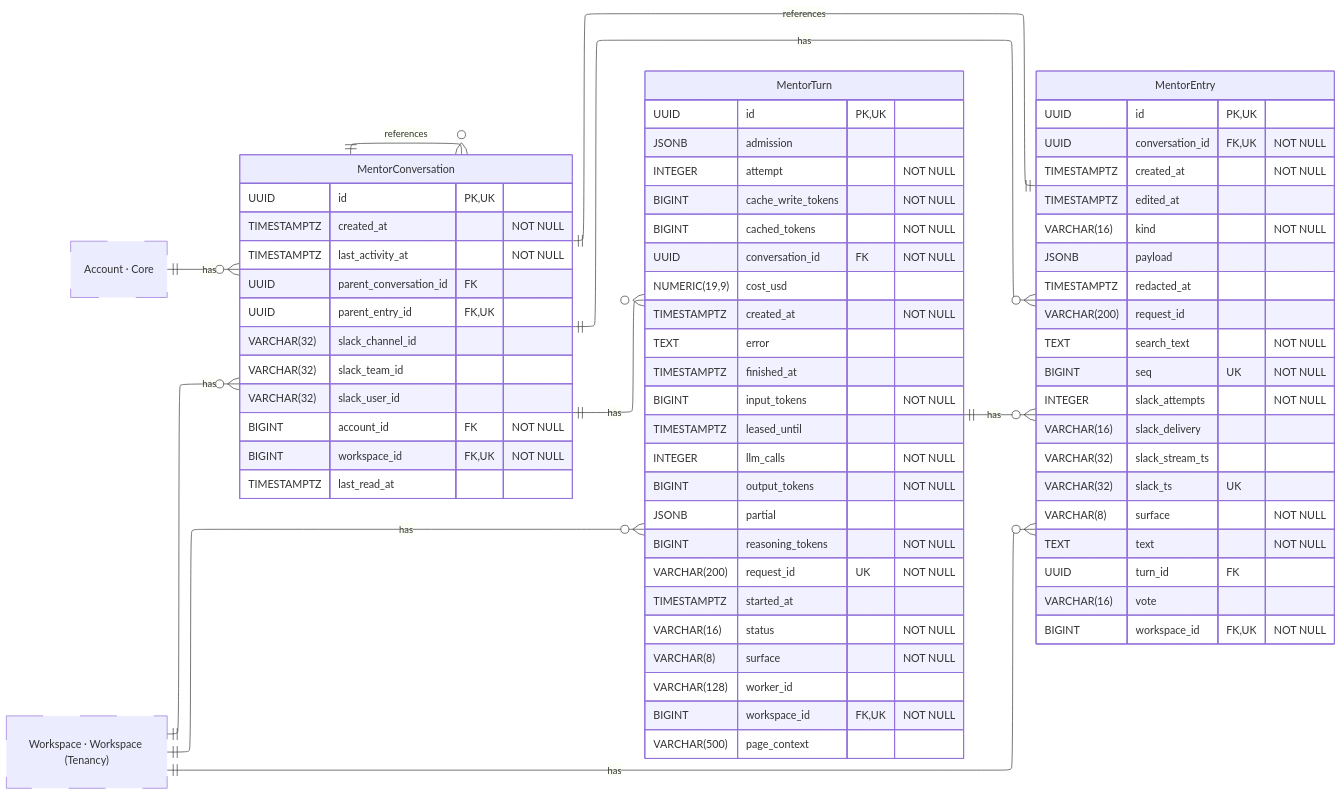
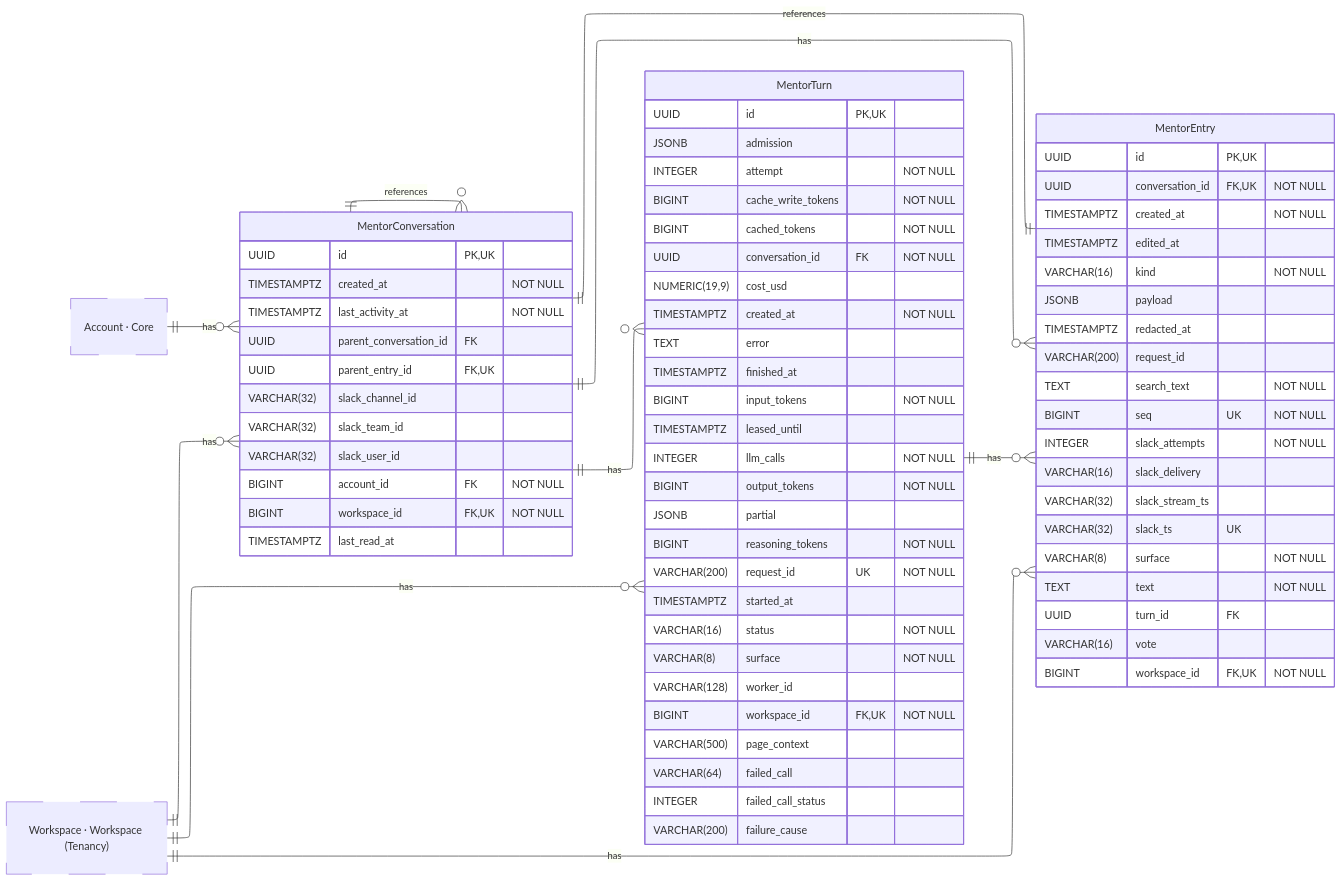
One commit to hephaestus-build/Hephaestus changed the diagram in docs/contributor/erd/mentor.mmd. Above: the diagram before and after it, drawn with Mermaid. The commit also changed 17 other files, not shown here.

```diff
--- a/docs/contributor/erd/mentor.mmd
+++ b/docs/contributor/erd/mentor.mmd
@@ -1,98 +1,101 @@
 ---
 config:
     layout: elk
 ---
 erDiagram
     %% Generated automatically from PostgreSQL database schema
     %% using scripts/generate-mermaid-erd.ts
     %% To regenerate: vp run db:generate-erd-docs
 
     direction LR
 
     MentorConversation {
         UUID id PK,UK
         TIMESTAMPTZ created_at "NOT NULL"
         TIMESTAMPTZ last_activity_at "NOT NULL"
         UUID parent_conversation_id FK
         UUID parent_entry_id FK,UK
         VARCHAR(32) slack_channel_id
         VARCHAR(32) slack_team_id
         VARCHAR(32) slack_user_id
         BIGINT account_id FK "NOT NULL"
         BIGINT workspace_id FK,UK "NOT NULL"
         TIMESTAMPTZ last_read_at
     }
 
     MentorEntry {
         UUID id PK,UK
         UUID conversation_id FK,UK "NOT NULL"
         TIMESTAMPTZ created_at "NOT NULL"
         TIMESTAMPTZ edited_at
         VARCHAR(16) kind "NOT NULL"
         JSONB payload
         TIMESTAMPTZ redacted_at
         VARCHAR(200) request_id
         TEXT search_text "NOT NULL"
         BIGINT seq UK "NOT NULL"
         INTEGER slack_attempts "NOT NULL"
         VARCHAR(16) slack_delivery
         VARCHAR(32) slack_stream_ts
         VARCHAR(32) slack_ts UK
         VARCHAR(8) surface "NOT NULL"
         TEXT text "NOT NULL"
         UUID turn_id FK
         VARCHAR(16) vote
         BIGINT workspace_id FK,UK "NOT NULL"
     }
 
     MentorTurn {
         UUID id PK,UK
         JSONB admission
         INTEGER attempt "NOT NULL"
         BIGINT cache_write_tokens "NOT NULL"
         BIGINT cached_tokens "NOT NULL"
         UUID conversation_id FK "NOT NULL"
         NUMERIC(19,9) cost_usd
         TIMESTAMPTZ created_at "NOT NULL"
         TEXT error
         TIMESTAMPTZ finished_at
         BIGINT input_tokens "NOT NULL"
         TIMESTAMPTZ leased_until
         INTEGER llm_calls "NOT NULL"
         BIGINT output_tokens "NOT NULL"
         JSONB partial
         BIGINT reasoning_tokens "NOT NULL"
         VARCHAR(200) request_id UK "NOT NULL"
         TIMESTAMPTZ started_at
         VARCHAR(16) status "NOT NULL"
         VARCHAR(8) surface "NOT NULL"
         VARCHAR(128) worker_id
         BIGINT workspace_id FK,UK "NOT NULL"
         VARCHAR(500) page_context
+        VARCHAR(64) failed_call
+        INTEGER failed_call_status
+        VARCHAR(200) failure_cause
     }
 
     Account["Account · Core"]
     Workspace["Workspace · Workspace (Tenancy)"]
 
     %% Relationships
     %% One-to-One relationships
     MentorEntry ||--|| MentorConversation : references
 
     %% One-to-Many relationships
     Account ||--o{ MentorConversation : has
     MentorConversation ||--o{ MentorConversation : references
     Workspace ||--o{ MentorConversation : has
     MentorConversation ||--o{ MentorEntry : has
     MentorTurn ||--o{ MentorEntry : has
     Workspace ||--o{ MentorEntry : has
     MentorConversation ||--o{ MentorTurn : has
     Workspace ||--o{ MentorTurn : has
 
     %% Styling
     classDef primaryEntity stroke:#0288d1,stroke-width:2px
     classDef associationEntity stroke:#8e24aa,stroke-width:2px
     classDef metadataEntity stroke:#43a047,stroke-width:2px
     classDef referenceEntity stroke-dasharray:5 5
 
     class Account referenceEntity
     class Workspace referenceEntity
```
